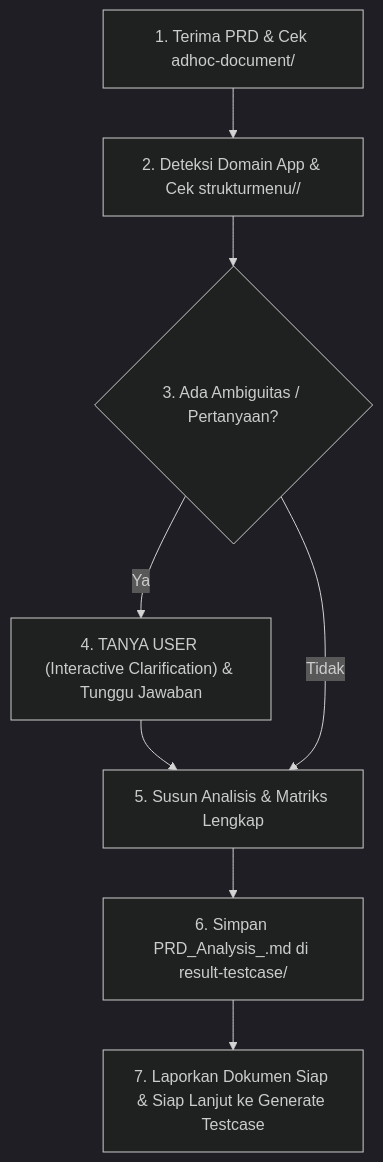
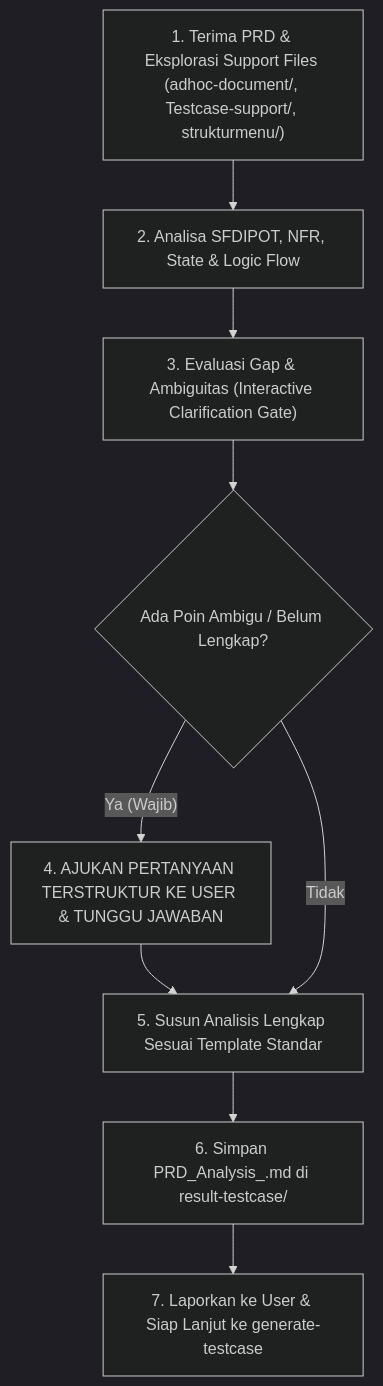
Before and after one commit to fadlyady/prdanalyzer: the diagram in .agents/skills/prd-qa-analyzer/SKILL.md, drawn with Mermaid (dark theme). The commit also changed other lines of this file and 13 other files, not shown here.

````diff
--- a/.agents/skills/prd-qa-analyzer/SKILL.md
+++ b/.agents/skills/prd-qa-analyzer/SKILL.md
@@ -111,10 +137,11 @@
 ```mermaid
 graph TD
-    A["1. Terima PRD & Cek adhoc-document/"] --> B["2. Deteksi Domain App & Cek strukturmenu/<app-name>/"]
-    B --> C{"3. Ada Ambiguitas / Pertanyaan?"}
-    C -- "Ya" --> D["4. TANYA USER (Interactive Clarification) & Tunggu Jawaban"]
-    D --> E["5. Susun Analisis & Matriks Lengkap"]
-    C -- "Tidak" --> E
-    E --> F["6. Simpan PRD_Analysis_<Feature_Name>.md di result-testcase/"]
-    F --> G["7. Laporkan Dokumen Siap & Siap Lanjut ke Generate Testcase"]
+    A["1. Terima PRD & Eksplorasi Support Files (adhoc-document/, Testcase-support/, strukturmenu/)"] --> B["2. Analisa SFDIPOT, NFR, State & Logic Flow"]
+    B --> C["3. Evaluasi Gap & Ambiguitas (Interactive Clarification Gate)"]
+    C --> D{"Ada Poin Ambigu / Belum Lengkap?"}
+    D -- "Ya (Wajib)" --> E["4. AJUKAN PERTANYAAN TERSTRUKTUR KE USER & TUNGGU JAWABAN"]
+    E --> F["5. Susun Analisis Lengkap Sesuai Template Standar"]
+    D -- "Tidak" --> F
+    F --> G["6. Simpan PRD_Analysis_<Feature_Name>.md di result-testcase/"]
+    G --> H["7. Laporkan ke User & Siap Lanjut ke generate-testcase"]
 ```
````
